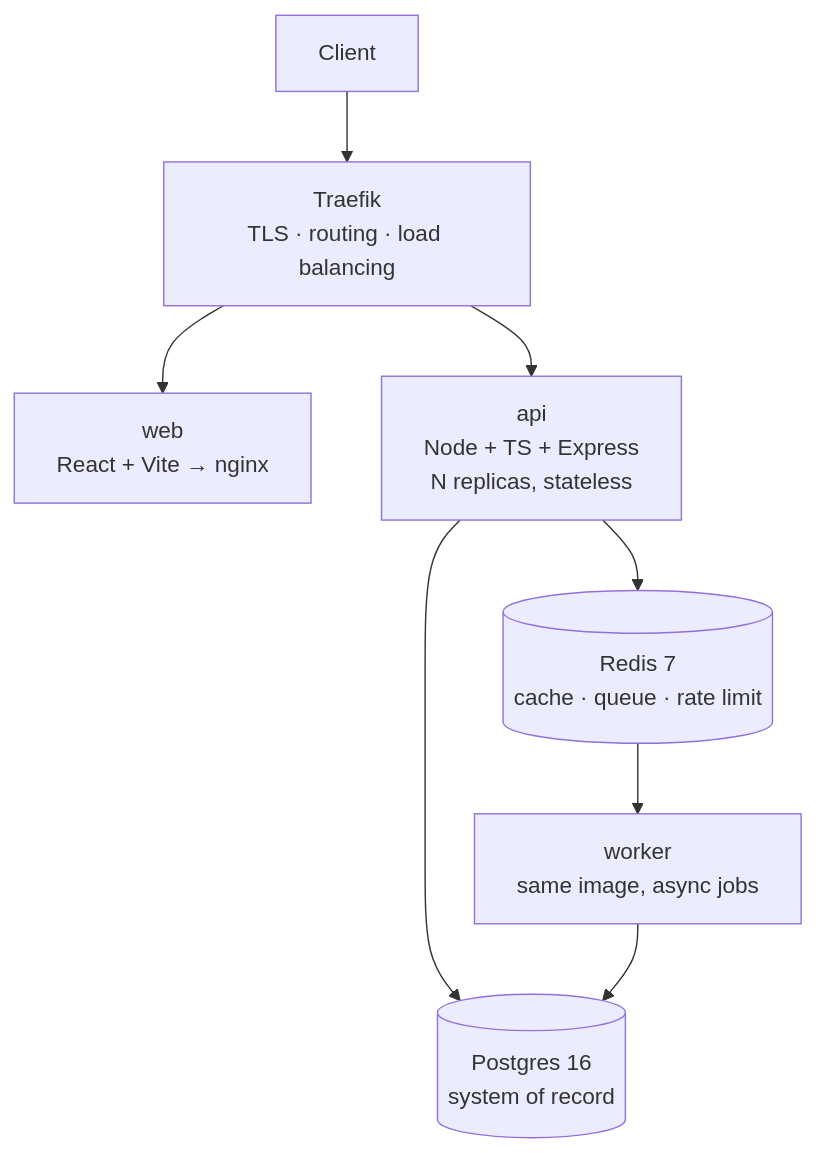
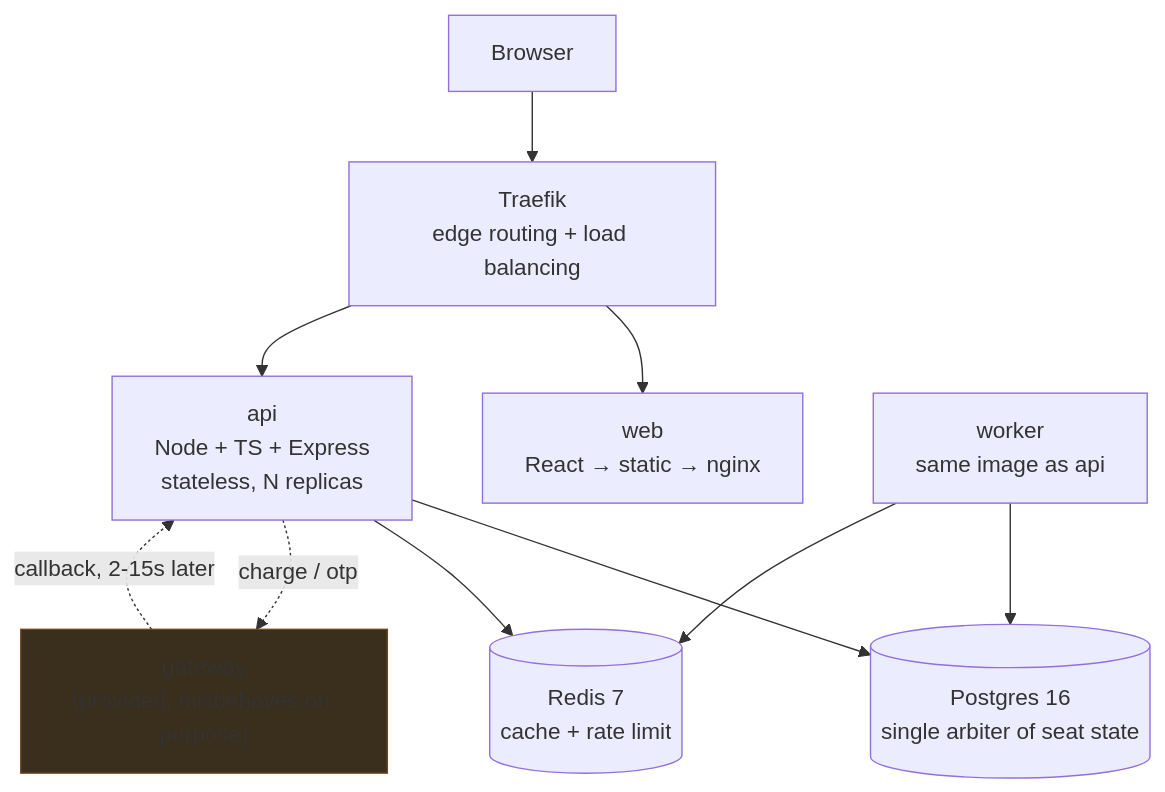
One commit to mmi404/Three-Layer-Perceptron changed the diagram in README.md. Above: the diagram before and after it, drawn with Mermaid. The commit also changed other lines of this file and 3 other files, not shown here.

````diff
--- a/README.md
+++ b/README.md
@@ -18,10 +40,15 @@
 ```mermaid
 graph TD
-    U[Client] --> T[Traefik<br/>TLS · routing · load balancing]
-    T --> W[web<br/>React + Vite → nginx]
-    T --> A[api<br/>Node + TS + Express<br/>N replicas, stateless]
-    A --> P[(Postgres 16<br/>system of record)]
-    A --> R[(Redis 7<br/>cache · queue · rate limit)]
-    R --> K[worker<br/>same image, async jobs]
-    K --> P
+    U[Browser] --> T["Traefik<br/>edge routing + load balancing"]
+    T --> W["web<br/>React → static → nginx"]
+    T --> A["api<br/>Node + TS + Express<br/>stateless, N replicas"]
+    A --> P[("Postgres 16<br/>single arbiter of seat state")]
+    A --> R[("Redis 7<br/>cache + rate limit")]
+    A -.->|"charge / otp"| G["gateway<br/>(provided, misbehaves on purpose)"]
+    G -.->|"callback, 2-15s later"| A
+    K["worker<br/>same image as api"] --> P
+    K --> R
+
+    classDef ext fill:#3a2e1c,stroke:#6b4a22;
+    class G ext;
 ```
````
